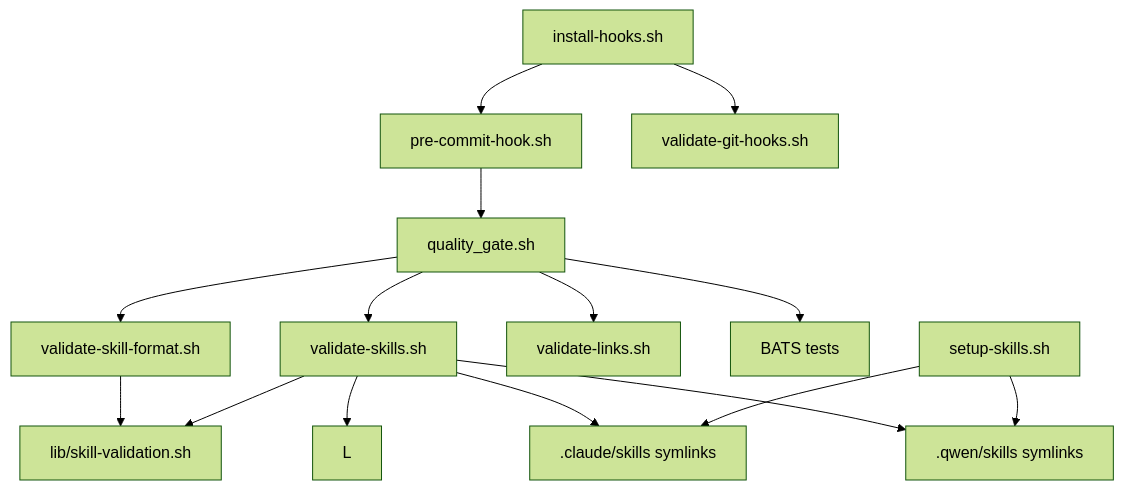
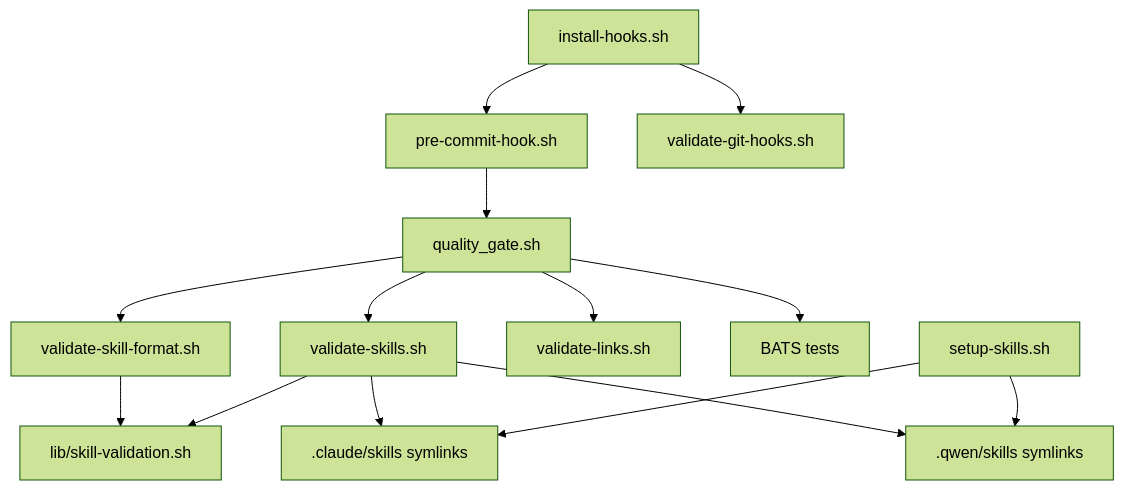
The diagram in agents-docs/SCRIPTS.md (d-o-hub/github-template-ai-agents), drawn with Mermaid (forest theme) before and after one commit. The commit also changed 2 other files, not shown here.

Commit message:
chore: remove .gemini/skills symlinks
Gemini CLI now reads skills directly from .agents/skills/ instead of
using symlinks in .gemini/skills/. This PR removes the symlink
directory and updates scripts and documentation to reflect this change.

````diff
--- a/agents-docs/SCRIPTS.md
+++ b/agents-docs/SCRIPTS.md
@@ -76,17 +76,16 @@
 ```mermaid
 graph TD
     A[quality_gate.sh] --> B[validate-skills.sh]
     A --> C[validate-skill-format.sh]
     A --> D[validate-links.sh]
     A --> E[BATS tests]
     B --> F[lib/skill-validation.sh]
     C --> F
     G[install-hooks.sh] --> H[pre-commit-hook.sh]
     G --> I[validate-git-hooks.sh]
     H --> A
     J[setup-skills.sh] --> K[.claude/skills symlinks]
     J --> M[.qwen/skills symlinks]
     B --> K
-    B --> L
     B --> M
 ```
````
